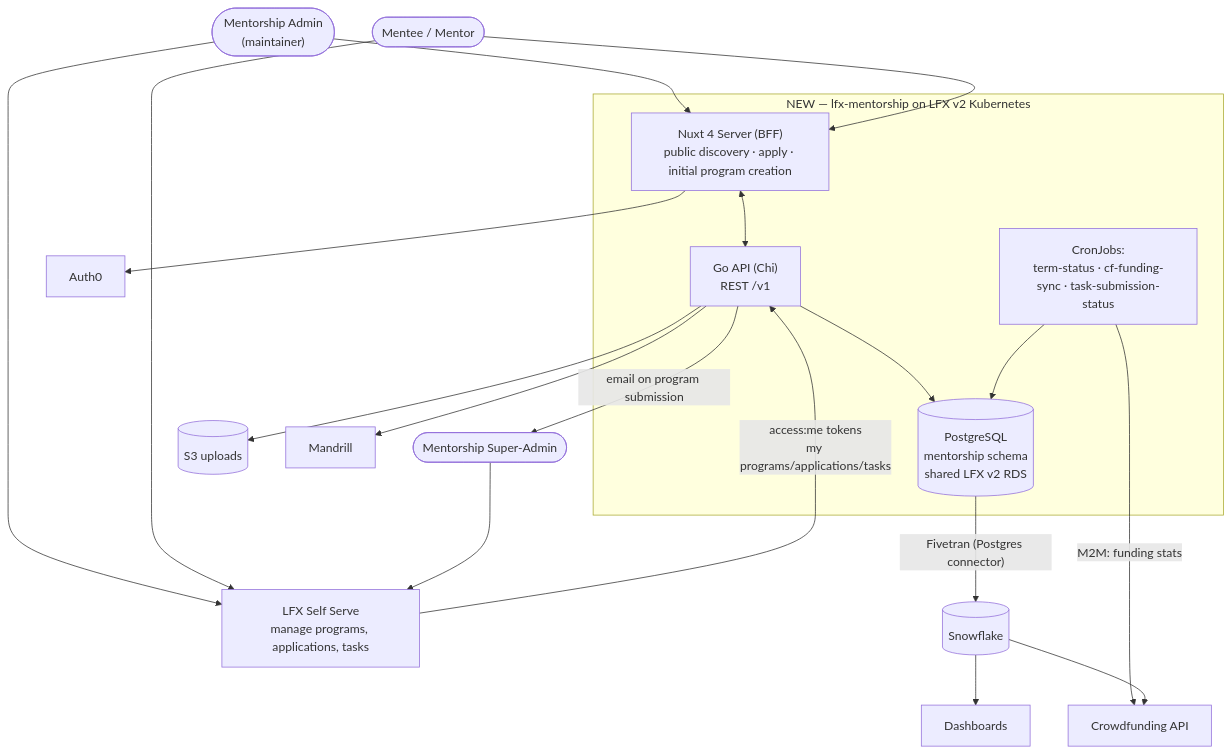
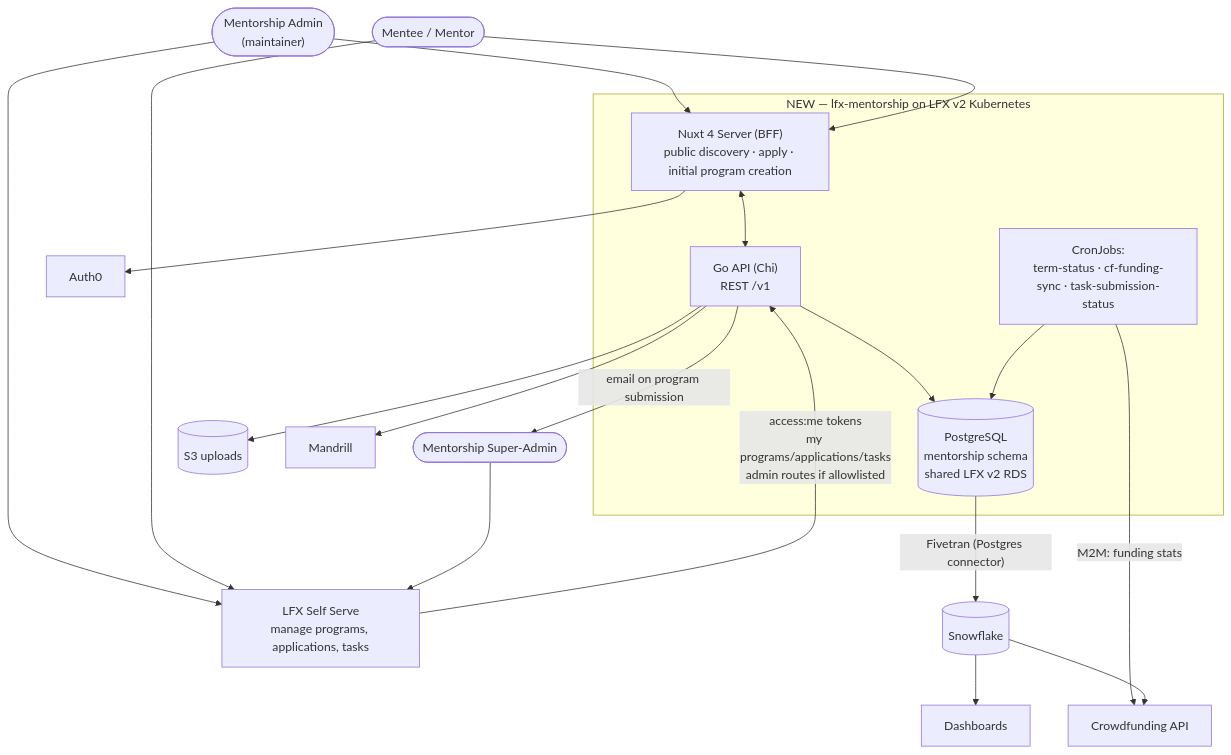
The first of 2 diagrams in docs/rewrite/02-target-architecture.md (linuxfoundation/lfx-mentorship), drawn with Mermaid before and after one commit. The commit also changed other lines of this file, not shown here.

````diff
--- a/docs/rewrite/02-target-architecture.md
+++ b/docs/rewrite/02-target-architecture.md
@@ -21,36 +21,36 @@
 ```mermaid
 flowchart TB
     ADMIN(["Mentorship Admin<br/>(maintainer)"])
     USERS(["Mentee / Mentor"])
     SUPER(["Mentorship Super-Admin"])
 
     subgraph K8S["NEW — lfx-mentorship on LFX v2 Kubernetes"]
         NUXT["Nuxt 4 Server (BFF)<br/>public discovery · apply · initial program creation"]
         API["Go API (Chi)<br/>REST /v1"]
         PG[("PostgreSQL<br/>mentorship schema<br/>shared LFX v2 RDS")]
         CRONS["CronJobs:<br/>term-status · cf-funding-sync · task-submission-status"]
     end
 
     SS["LFX Self Serve<br/>manage programs, applications, tasks"]
     AUTH0["Auth0"]
     S3[("S3 uploads")]
     MANDRILL["Mandrill"]
     CFAPI["Crowdfunding API"]
     SF[("Snowflake")]
     DASH["Dashboards"]
 
     ADMIN & USERS --> NUXT
     ADMIN & USERS & SUPER --> SS
     NUXT <--> API
     NUXT --> AUTH0
     API --> PG
     API --> S3
     API --> MANDRILL
     API -- "email on program submission" --> SUPER
-    SS -- "access:me tokens<br/>my programs/applications/tasks" --> API
+    SS -- "access:me tokens<br/>my programs/applications/tasks<br/>admin routes if allowlisted" --> API
     CRONS --> PG
     CRONS -- "M2M: funding stats" --> CFAPI
     PG -- "Fivetran (Postgres connector)" --> SF
     SF --> DASH
     SF --> CFAPI
 ```
````
